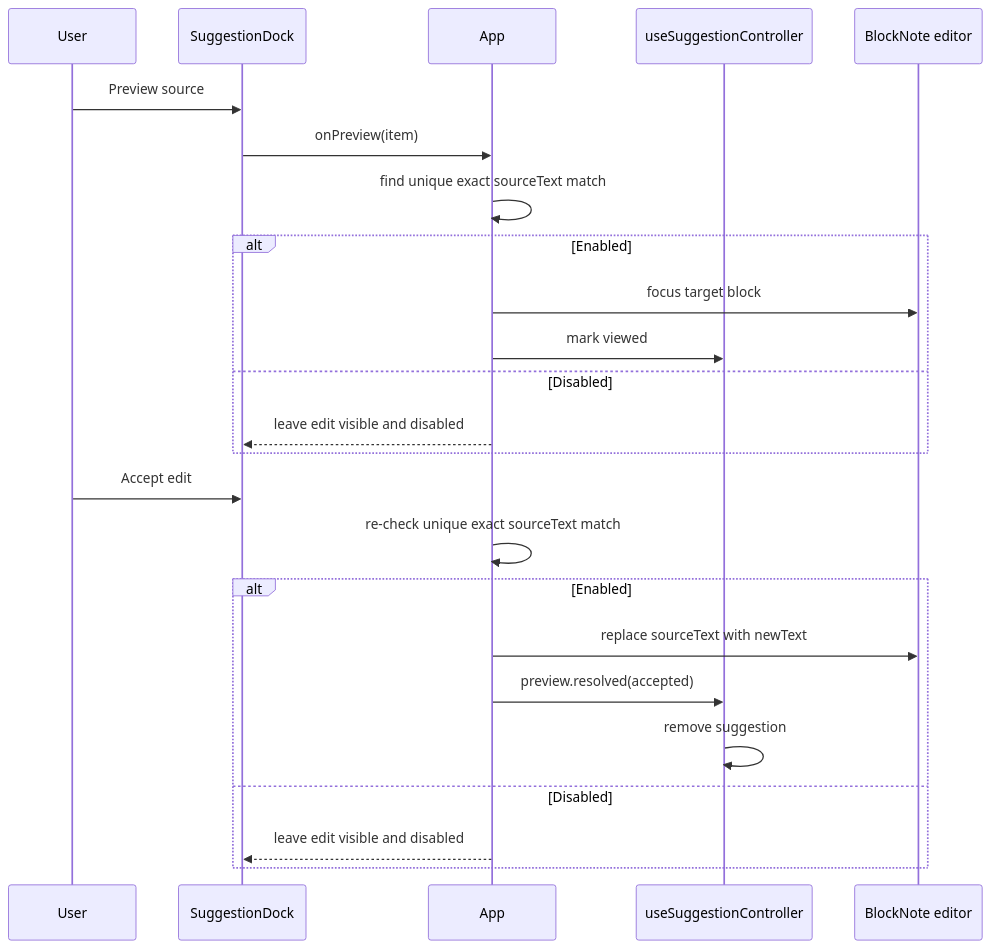
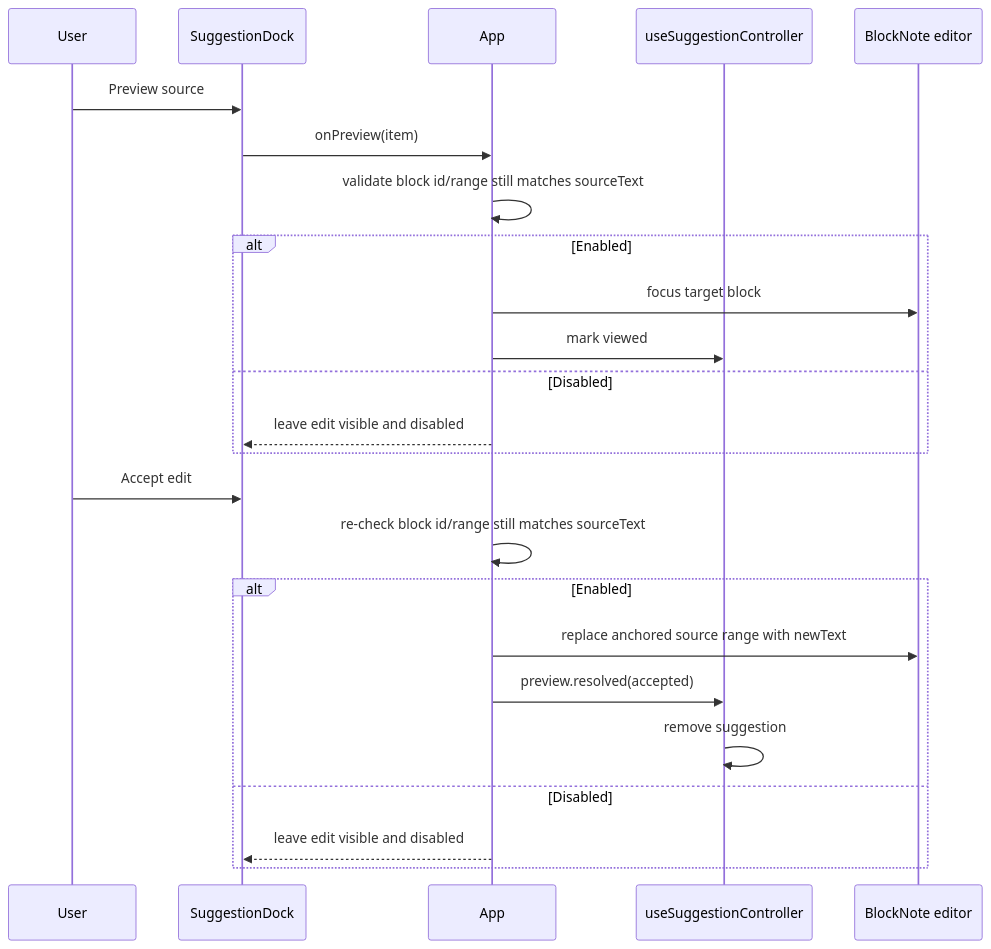
The first of 2 diagrams in docs/editor-and-suggestions.md (bitshielddev/writing-app), drawn with Mermaid before and after one commit. The commit also changed other lines of this file and 61 other files, not shown here.

Commit message:
Remove copied draft.md and use BlockNote as source of truth for all

````diff
--- a/docs/editor-and-suggestions.md
+++ b/docs/editor-and-suggestions.md
@@ -96,27 +96,27 @@
 ```mermaid
 sequenceDiagram
     participant User
     participant Dock as SuggestionDock
     participant App
     participant Inbox as useSuggestionController
     participant Editor as BlockNote editor
 
     User->>Dock: Preview source
     Dock->>App: onPreview(item)
-    App->>App: find unique exact sourceText match
+    App->>App: validate block id/range still matches sourceText
     alt Enabled
         App->>Editor: focus target block
         App->>Inbox: mark viewed
     else Disabled
         App-->>Dock: leave edit visible and disabled
     end
     User->>Dock: Accept edit
-    App->>App: re-check unique exact sourceText match
+    App->>App: re-check block id/range still matches sourceText
     alt Enabled
-        App->>Editor: replace sourceText with newText
+        App->>Editor: replace anchored source range with newText
         App->>Inbox: preview.resolved(accepted)
         Inbox->>Inbox: remove suggestion
     else Disabled
         App-->>Dock: leave edit visible and disabled
     end
 ```
````
